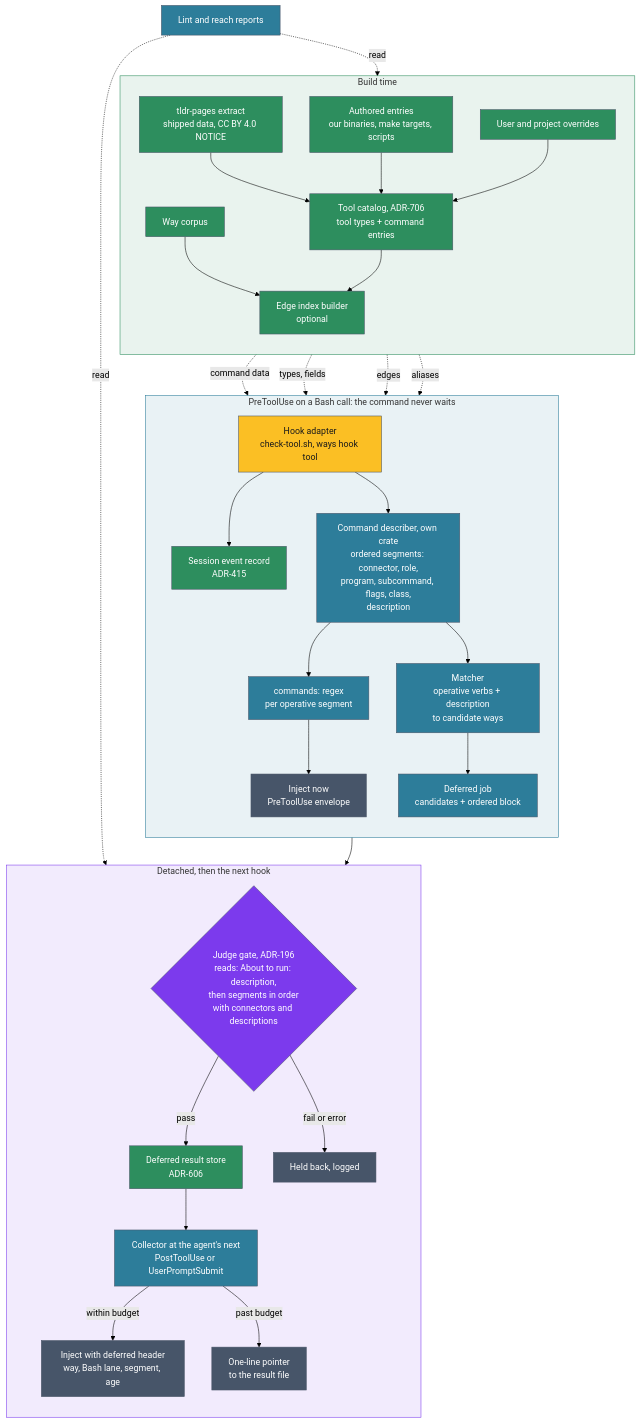
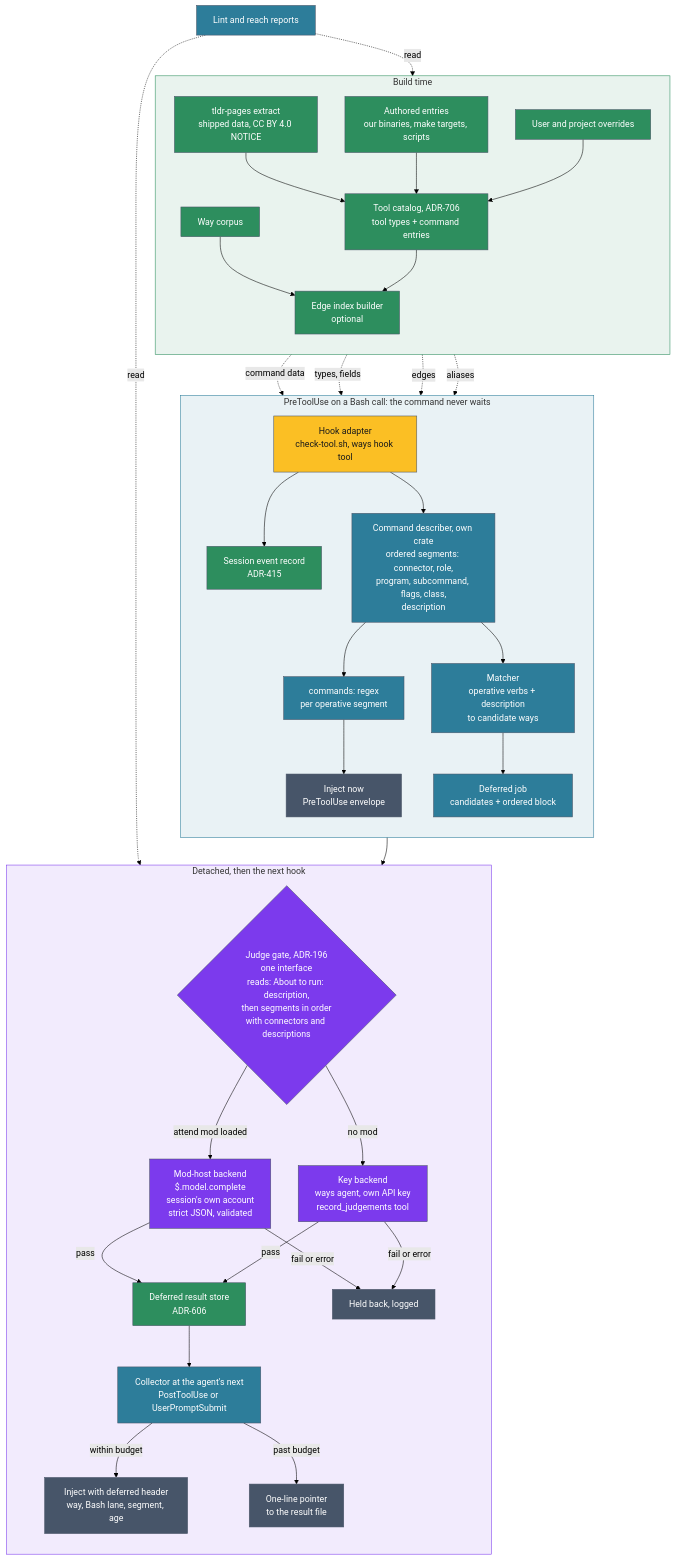
The diagram in docs/architecture/ways/figures/ADR-188-tool-call-lane-flow.mmd (aaronsb/agent-ways), drawn with Mermaid (forest theme) before and after one commit. The commit also changed 3 other files, not shown here.

First line of the commit message:
docs(adr): give ADR-188's judge gate a mod-host backend on the session account

```diff
--- a/docs/architecture/ways/figures/ADR-188-tool-call-lane-flow.mmd
+++ b/docs/architecture/ways/figures/ADR-188-tool-call-lane-flow.mmd
@@ -1,48 +1,52 @@
 %% Render: mmdc -i ADR-188-tool-call-lane-flow.mmd -o ADR-188-tool-call-lane-flow.svg -b transparent -c mermaid-config.json, then add xml:space="preserve" to the root svg element
 flowchart TB
     subgraph BUILD["Build time"]
         direction TB
         T["tldr-pages extract<br>shipped data, CC BY 4.0 NOTICE"] --> CAT["Tool catalog, ADR-706<br>tool types + command entries"]
         A["Authored entries<br>our binaries, make targets, scripts"] --> CAT
         O["User and project overrides"] --> CAT
         W["Way corpus"] --> IDX["Edge index builder<br>optional"]
         CAT --> IDX
     end
     subgraph PRE["PreToolUse on a Bash call: the command never waits"]
         direction TB
         B["Hook adapter<br>check-tool.sh, ways hook tool"] --> REC["Session event record<br>ADR-415"]
         B --> P["Command describer, own crate<br>ordered segments: connector, role,<br>program, subcommand, flags, class,<br>description"]
         P --> RX["commands: regex<br>per operative segment"]
         RX --> NOW["Inject now<br>PreToolUse envelope"]
         P --> MT["Matcher<br>operative verbs + description<br>to candidate ways"]
         MT --> JOB["Deferred job<br>candidates + ordered block"]
     end
     subgraph LATE["Detached, then the next hook"]
         direction TB
-        J{"Judge gate, ADR-196<br>reads: About to run: description,<br>then segments in order<br>with connectors and descriptions"}
-        J -->|pass| STORE["Deferred result store<br>ADR-606"]
-        J -->|fail or error| DROP["Held back, logged"]
+        J{"Judge gate, ADR-196<br>one interface<br>reads: About to run: description,<br>then segments in order<br>with connectors and descriptions"}
+        J -->|attend mod loaded| MH["Mod-host backend<br>$.model.complete<br>session's own account<br>strict JSON, validated"]
+        J -->|no mod| KB["Key backend<br>ways agent, own API key<br>record_judgements tool"]
+        MH -->|pass| STORE["Deferred result store<br>ADR-606"]
+        KB -->|pass| STORE
+        MH -->|fail or error| DROP["Held back, logged"]
+        KB -->|fail or error| DROP
         STORE --> COL["Collector at the agent's next<br>PostToolUse or UserPromptSubmit"]
         COL -->|within budget| INJ["Inject with deferred header<br>way, Bash lane, segment, age"]
         COL -->|past budget| PTR["One-line pointer<br>to the result file"]
     end
     JOB --> J
     CAT -.->|command data| P
     CAT -.->|types, fields| B
     IDX -.->|edges| MT
     W -.->|aliases| MT
     REP["Lint and reach reports"] -.->|read| COL
     REP -.->|read| CAT
     classDef data fill:#2d8e5e,stroke:#4a5568,color:#ffffff
     classDef step fill:#2d7d9a,stroke:#4a5568,color:#ffffff
     classDef judge fill:#7c3aed,stroke:#4a5568,color:#ffffff
     classDef input fill:#fbbf24,stroke:#4a5568,color:#1a1a1a
     classDef out fill:#475569,stroke:#4a5568,color:#ffffff
     class T,A,O,W,CAT,IDX,REC,STORE data
     class P,RX,MT,JOB,COL,REP step
-    class J judge
+    class J,MH,KB judge
     class B input
     class NOW,INJ,PTR,DROP out
     style BUILD fill:#2d8e5e1a,stroke:#2d8e5e
     style PRE fill:#2d7d9a1a,stroke:#2d7d9a
     style LATE fill:#7c3aed1a,stroke:#7c3aed
```
